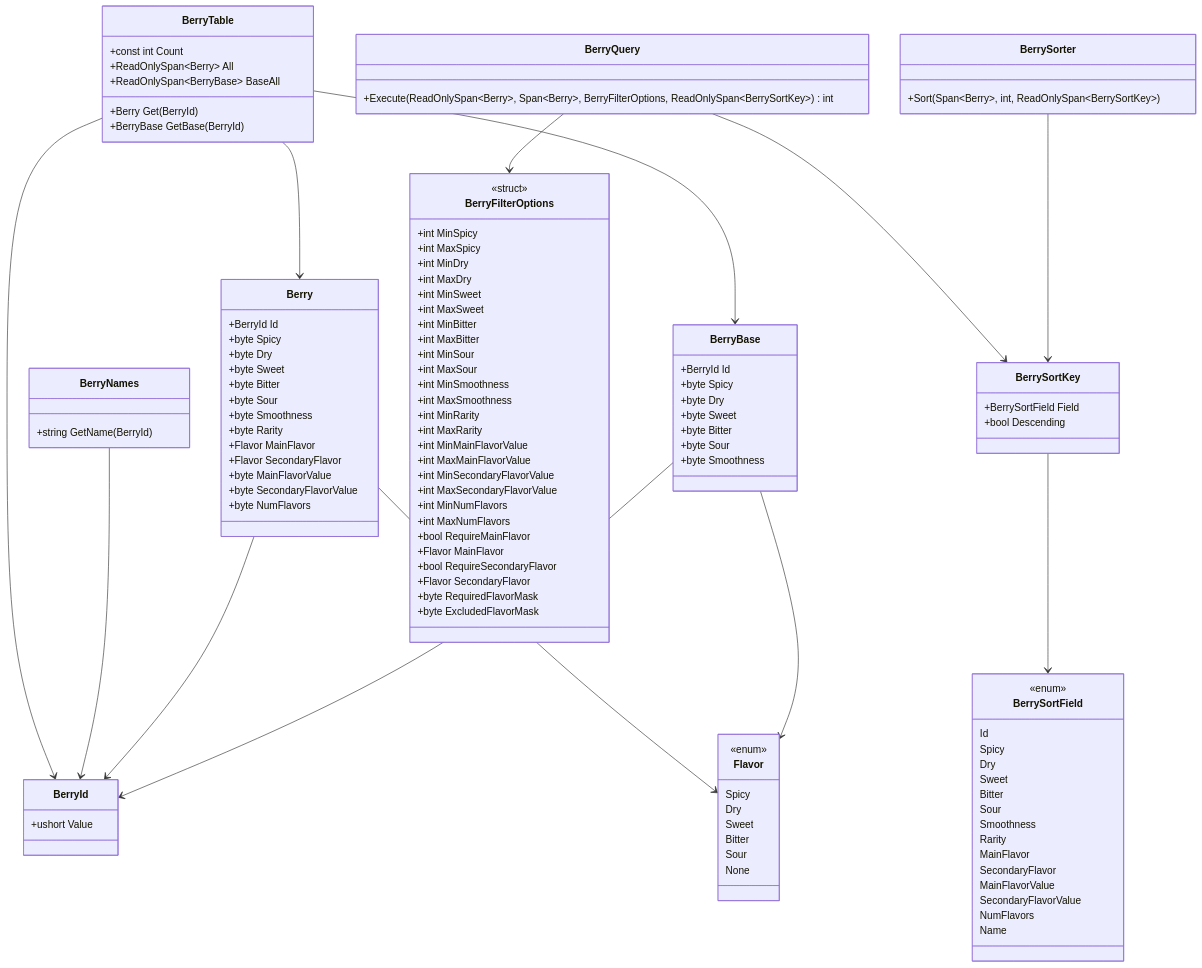
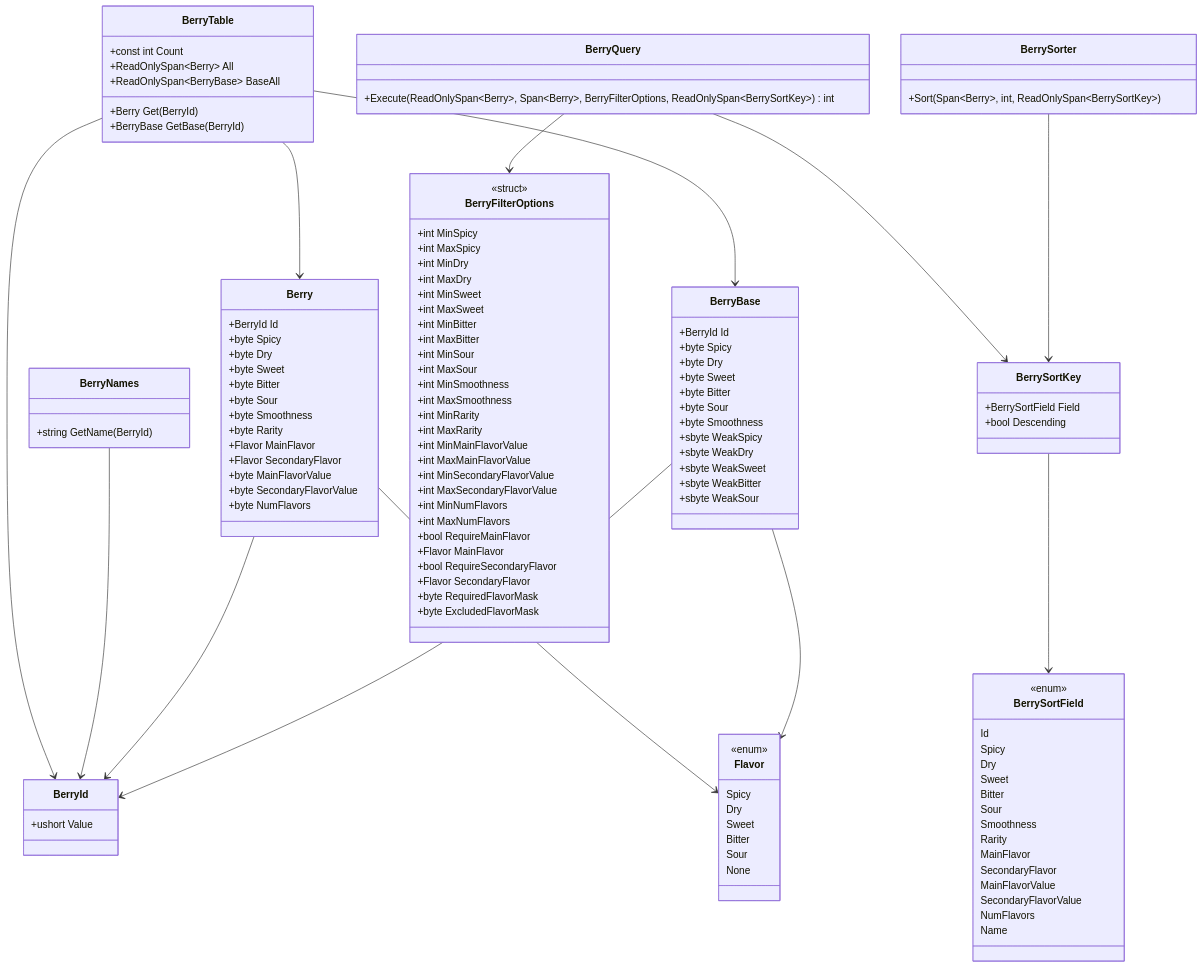
One commit to GlassToeStudio/BDSP changed the diagram in docs/Berries.Diagrams.md. Above: the diagram before and after it, drawn with Mermaid. The commit also changed 5 other files, not shown here.

```diff
--- a/docs/Berries.Diagrams.md
+++ b/docs/Berries.Diagrams.md
@@ -24,6 +24,11 @@
         +byte Bitter
         +byte Sour
         +byte Smoothness
+        +sbyte WeakSpicy
+        +sbyte WeakDry
+        +sbyte WeakSweet
+        +sbyte WeakBitter
+        +sbyte WeakSour
     }
 
     class Berry {
```
